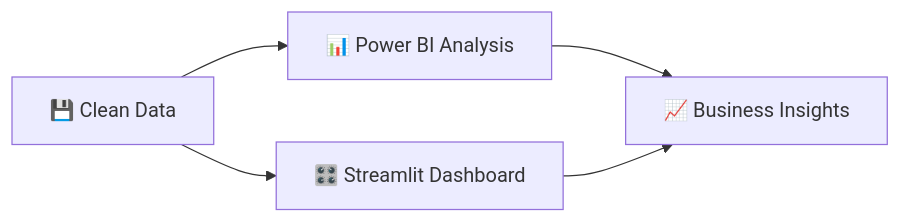
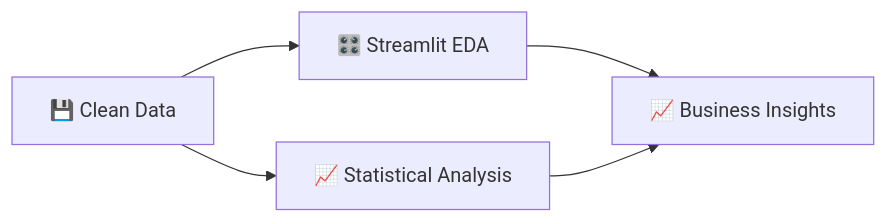
The fourth of 6 diagrams in README.md (K31NER/InmoPipeline), drawn with Mermaid before and after one commit. The commit also changed other lines of this file and 2 other files, not shown here.

````diff
--- a/README.md
+++ b/README.md
@@ -153,7 +153,7 @@
 ```mermaid
 graph LR
-    A[💾 Clean Data] --> B[📊 Power BI Analysis]
-    A --> C[🎛️ Streamlit Dashboard]
+    A[💾 Clean Data] --> B[🎛️ Streamlit EDA]
+    A --> C[📈 Statistical Analysis]
     B --> D[📈 Business Insights]
     C --> D
 ```
````
